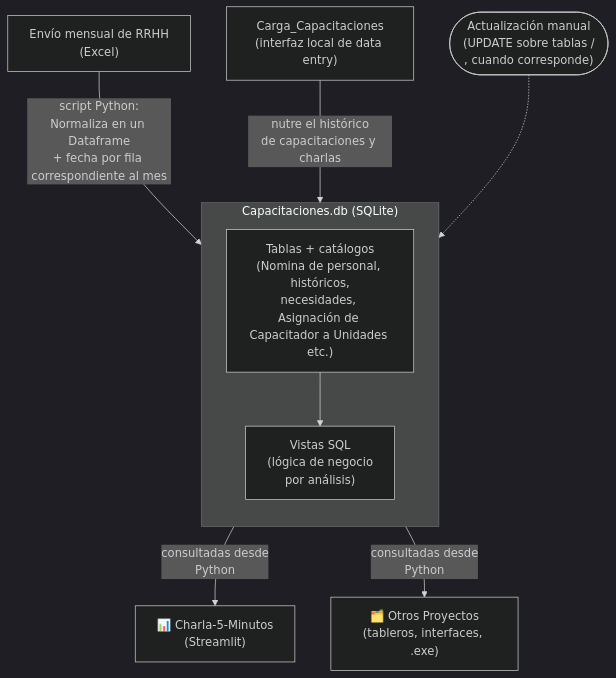
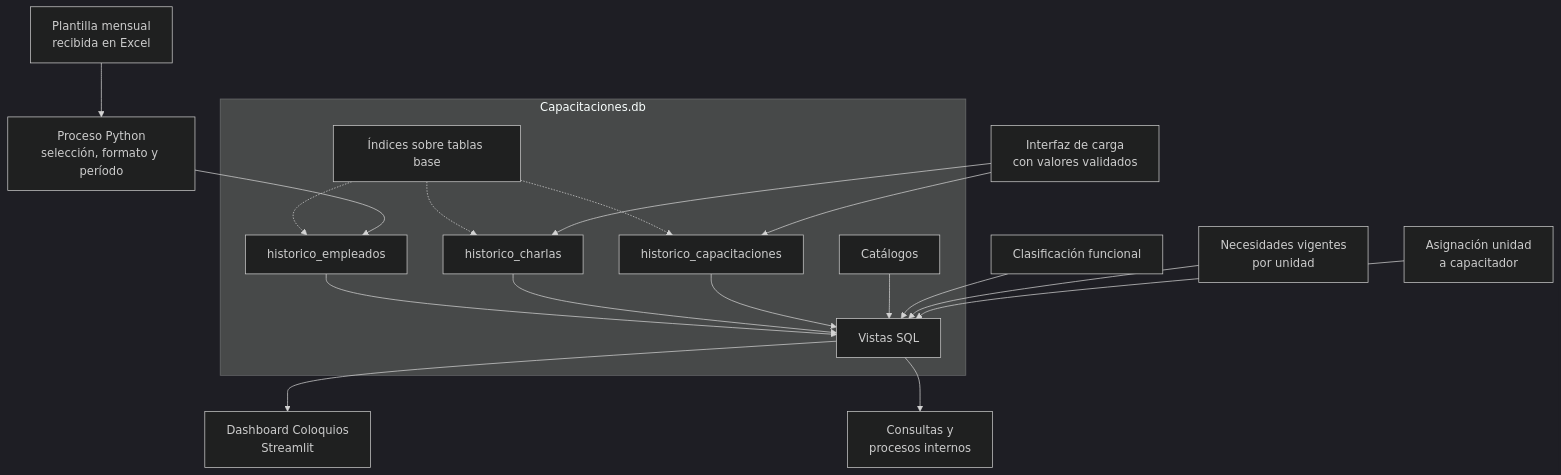
The second of 4 diagrams in capacitaciones.db/README.md (jminolli-e/case-studies), drawn with Mermaid (dark theme) before and after one commit. The commit also changed other lines of this file, not shown here.

````diff
--- a/capacitaciones.db/README.md
+++ b/capacitaciones.db/README.md
@@ -88,16 +91,36 @@
 ```mermaid
 flowchart TB
-    RRHH["Envío mensual de RRHH<br/>(Excel)"] -->|"script Python:<br/>Normaliza en un Dataframe<br/>+ fecha por fila correspondiente al mes"| DB
-    CARGA["Carga_Capacitaciones<br/>(interfaz local de data entry)"] -->|"nutre el histórico<br/>de capacitaciones y charlas"| DB
-    UPD(["Actualización manual<br/>(UPDATE sobre tablas /<br/>, cuando corresponde)"]) -.-> DB
+    RRHH["Plantilla mensual<br/>recibida en Excel"]
+    PY1["Proceso Python<br/>selección, formato y período"]
+    CARGA["Interfaz de carga<br/>con valores validados"]
+    CLAS["Clasificación funcional"]
+    NEC["Necesidades vigentes<br/>por unidad"]
+    ASIG["Asignación unidad<br/>a capacitador"]
 
-    subgraph DB["Capacitaciones.db (SQLite)"]
-        direction TB
-        TABS["Tablas + catálogos<br/>(Nomina de personal, históricos,<br/>necesidades, Asignación de Capacitador a Unidades etc.)"]
-        VIEWS["Vistas SQL<br/>(lógica de negocio<br/>por análisis)"]
-        TABS --> VIEWS
+    subgraph DB["Capacitaciones.db"]
+        HE["historico_empleados"]
+        HC["historico_charlas"]
+        HCAP["historico_capacitaciones"]
+        CAT["Catálogos"]
+        V["Vistas SQL"]
+        IDX["Índices sobre tablas base"]
+
+        HE --> V
+        HC --> V
+        HCAP --> V
+        CAT --> V
+        IDX -.-> HE
+        IDX -.-> HC
+        IDX -.-> HCAP
     end
 
-    DB -->|"consultadas desde<br/> Python"| DASH["📊 Charla-5-Minutos<br/>(Streamlit)"]
-    DB -->|"consultadas desde<br/> Python"| OTROS["🗂️ Otros Proyectos<br/>(tableros, interfaces, .exe)"]
+    RRHH --> PY1
+    PY1 --> HE
+    CARGA --> HC
+    CARGA --> HCAP
+    CLAS --> V
+    NEC --> V
+    ASIG --> V
+    V --> DASH["Dashboard Coloquios<br/>Streamlit"]
+    V --> CONS["Consultas y<br/>procesos internos"]
 ```
````
